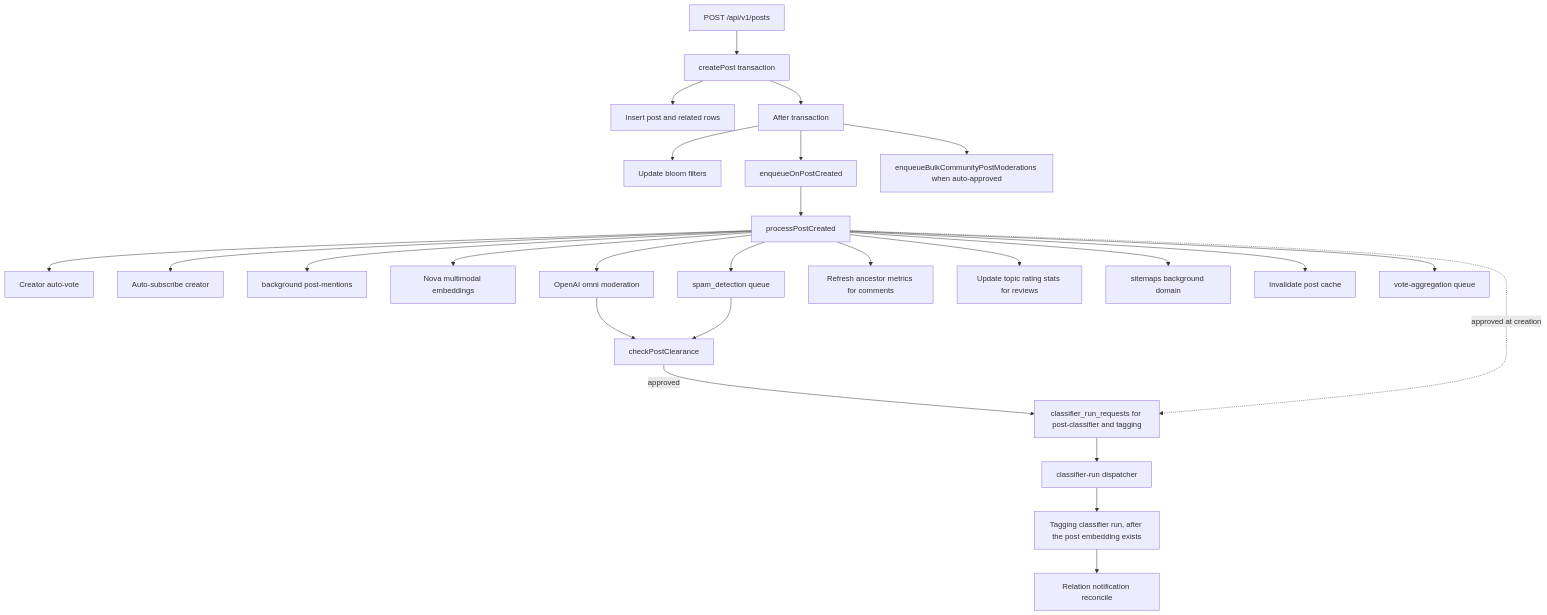
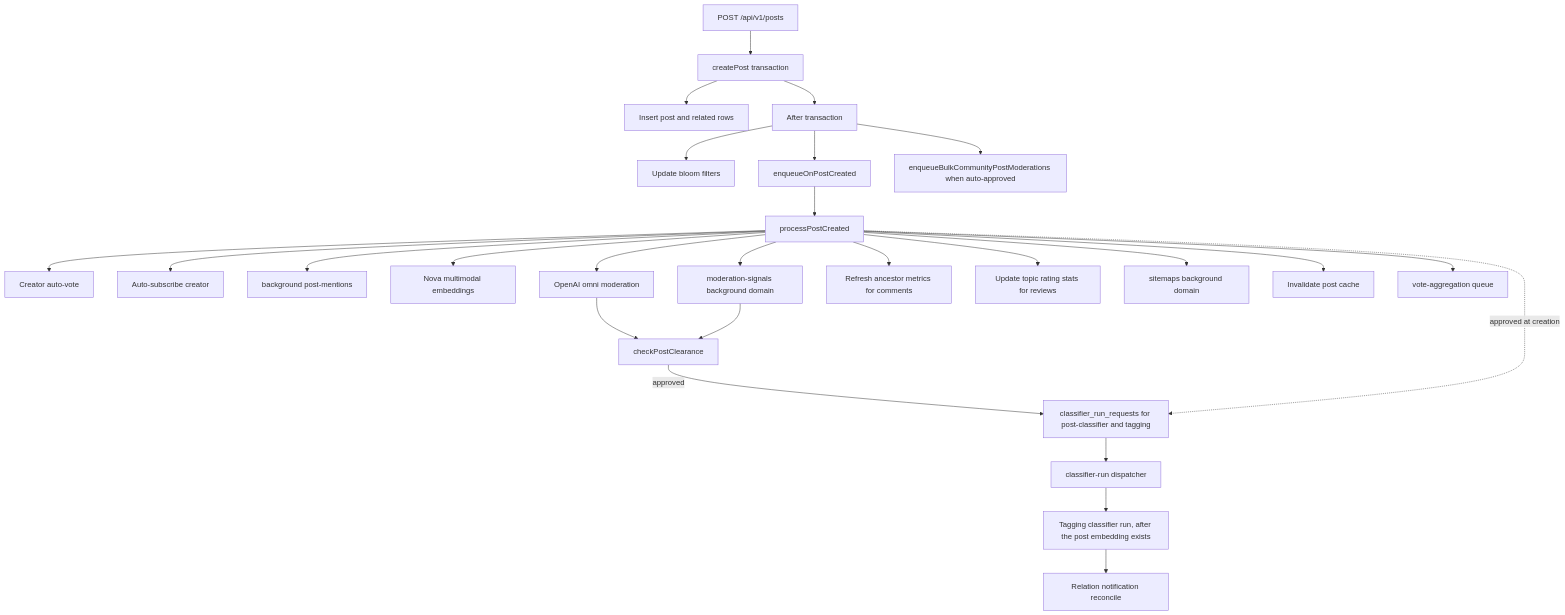
The first of 2 diagrams in docs/overview/architecture/reference-post-lifecycle-post-creation-pipeline.md (vouchington/vouchington), drawn with Mermaid before and after one commit. The commit also changed 63 other files, not shown here.

First line of the commit message:
feat(queues): move spam detection and ban evasion into the moderation-signals background domain

````diff
--- a/docs/overview/architecture/reference-post-lifecycle-post-creation-pipeline.md
+++ b/docs/overview/architecture/reference-post-lifecycle-post-creation-pipeline.md
@@ -7,28 +7,28 @@
 ```mermaid
 flowchart TD
   route[POST /api/v1/posts] --> create[createPost transaction]
   create --> post[Insert post and related rows]
   create --> after[After transaction]
   after --> bloom[Update bloom filters]
   after --> created[enqueueOnPostCreated]
   after --> community[enqueueBulkCommunityPostModerations when auto-approved]
   created --> listener[processPostCreated]
   listener --> votes[Creator auto-vote]
   listener --> subscribe[Auto-subscribe creator]
   listener --> mentions[background post-mentions]
   listener --> embeddings[Nova multimodal embeddings]
   listener --> omni[OpenAI omni moderation]
   omni --> clearance[checkPostClearance]
   clearance -->|approved| request[classifier_run_requests for post-classifier and tagging]
   listener -.->|approved at creation| request
   request --> dispatch[classifier-run dispatcher]
   dispatch --> tagging[Tagging classifier run, after the post embedding exists]
   tagging --> relationNotify[Relation notification reconcile]
-  listener --> spam[spam_detection queue]
+  listener --> spam[moderation-signals background domain]
   spam --> clearance
   listener --> comments[Refresh ancestor metrics for comments]
   listener --> reviews[Update topic rating stats for reviews]
   listener --> sitemap[sitemaps background domain]
   listener --> cache[Invalidate post cache]
   listener --> metrics[vote-aggregation queue]
 ```
````
